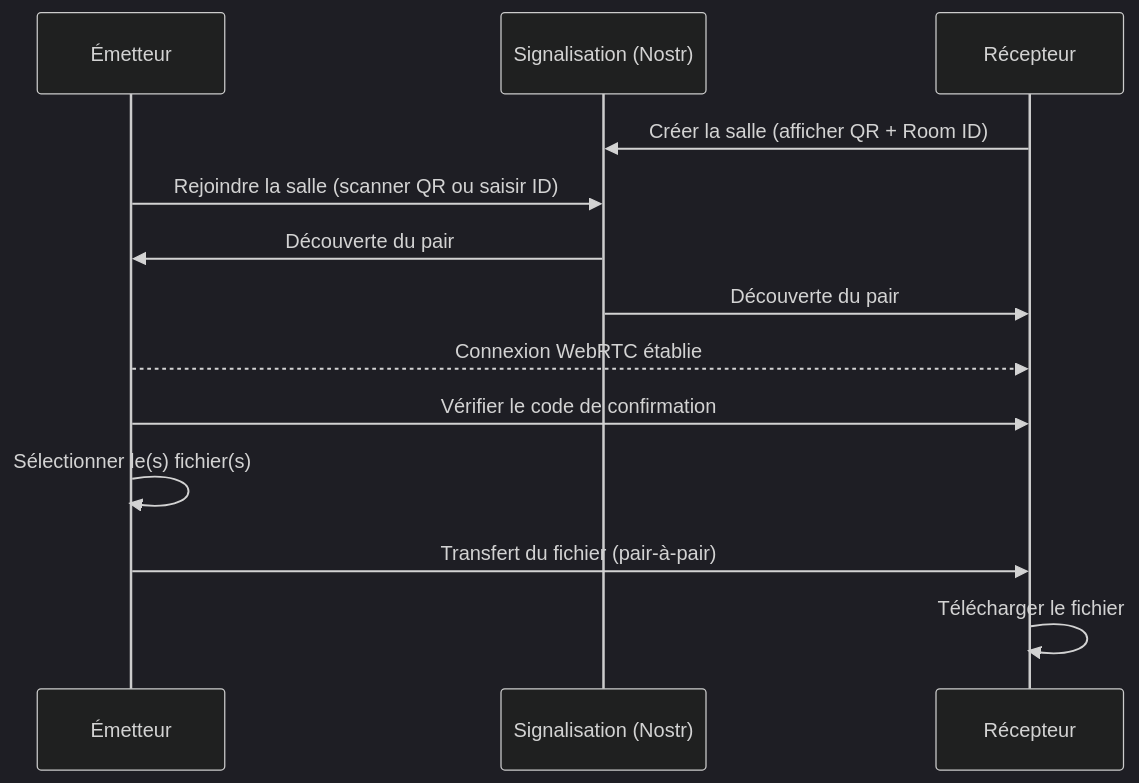
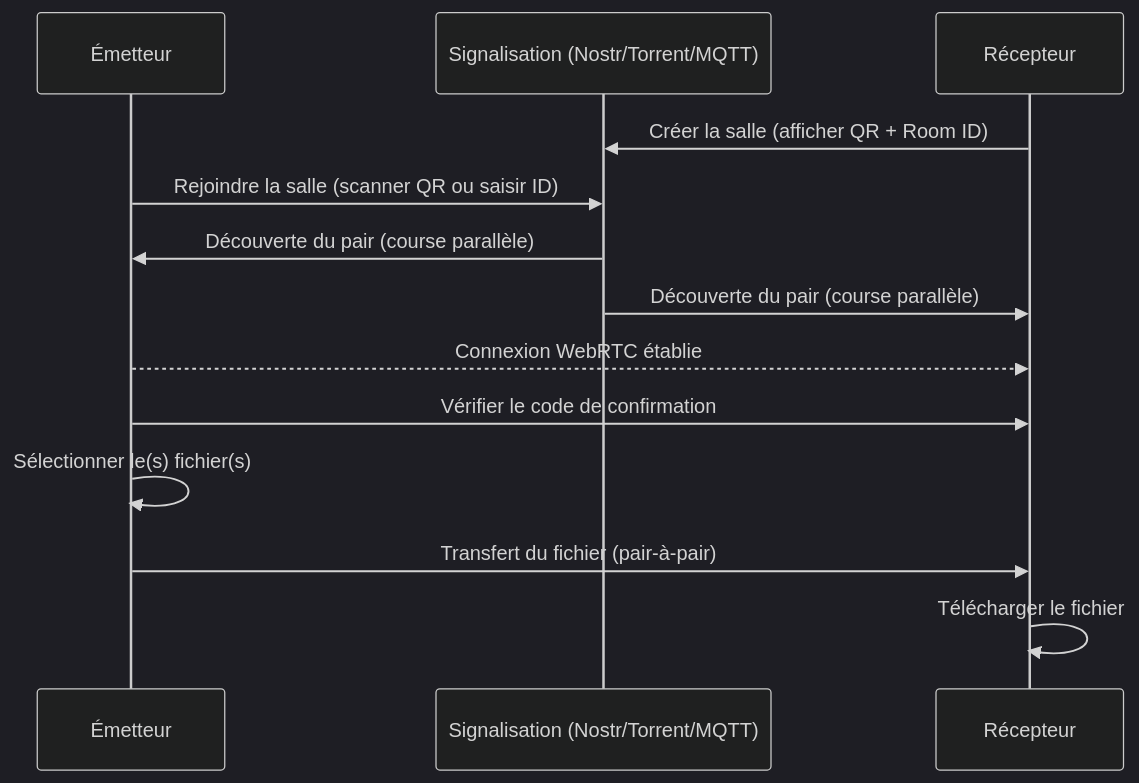
One commit to s-celles/QRShare changed the third of 3 diagrams in docs/fr-guide-utilisateur.md. Above: the diagram before and after it, drawn with Mermaid (dark theme). The commit also changed other lines of this file and 12 other files, not shown here.

````diff
--- a/docs/fr-guide-utilisateur.md
+++ b/docs/fr-guide-utilisateur.md
@@ -145,16 +147,16 @@
 ```mermaid
 sequenceDiagram
     participant E as Émetteur
-    participant Sig as Signalisation (Nostr)
+    participant Sig as Signalisation (Nostr/Torrent/MQTT)
     participant R as Récepteur
 
     R->>Sig: Créer la salle (afficher QR + Room ID)
     E->>Sig: Rejoindre la salle (scanner QR ou saisir ID)
-    Sig->>E: Découverte du pair
-    Sig->>R: Découverte du pair
+    Sig->>E: Découverte du pair (course parallèle)
+    Sig->>R: Découverte du pair (course parallèle)
     E-->>R: Connexion WebRTC établie
     E->>R: Vérifier le code de confirmation
     E->>E: Sélectionner le(s) fichier(s)
     E->>R: Transfert du fichier (pair-à-pair)
     R->>R: Télécharger le fichier
 ```
````
